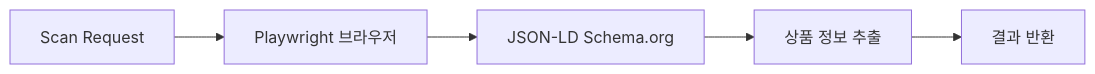
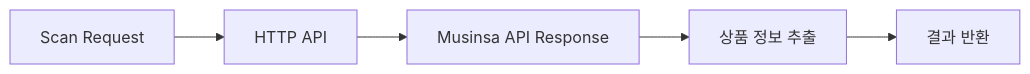
Before and after one commit to grandeclip/pouchit-scraper: the third of 6 diagrams in product_scanner/README.md, drawn with Mermaid. The commit also changed other lines of this file and 9 other files, not shown here.

First line of the commit message:
feat(scanner): 무신사 HTTP API 전환으로 8배 성능 개선

````diff
--- a/product_scanner/README.md
+++ b/product_scanner/README.md
@@ -58,7 +58,7 @@
 ```mermaid
 graph LR
-    A[Scan Request] --> B[Playwright 브라우저]
-    B --> C[JSON-LD Schema.org]
+    A[Scan Request] --> B[HTTP API]
+    B --> C[Musinsa API Response]
     C --> D[상품 정보 추출]
     D --> E[결과 반환]
 ```
````
